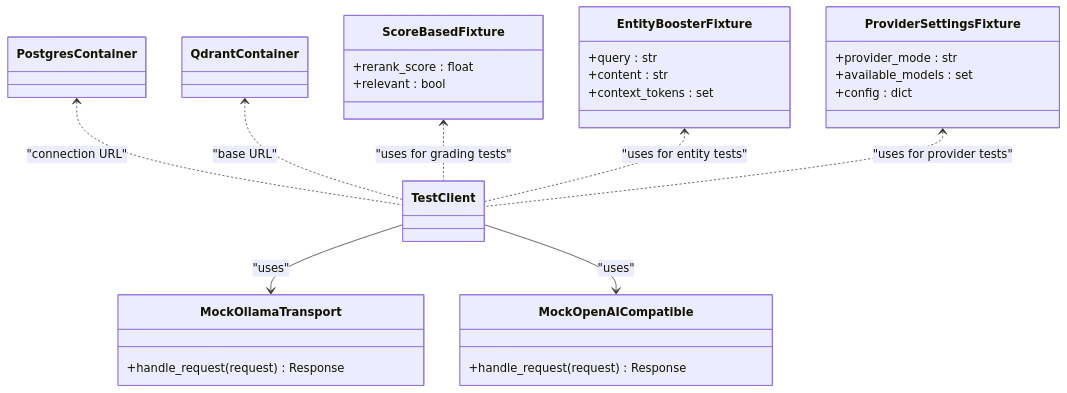
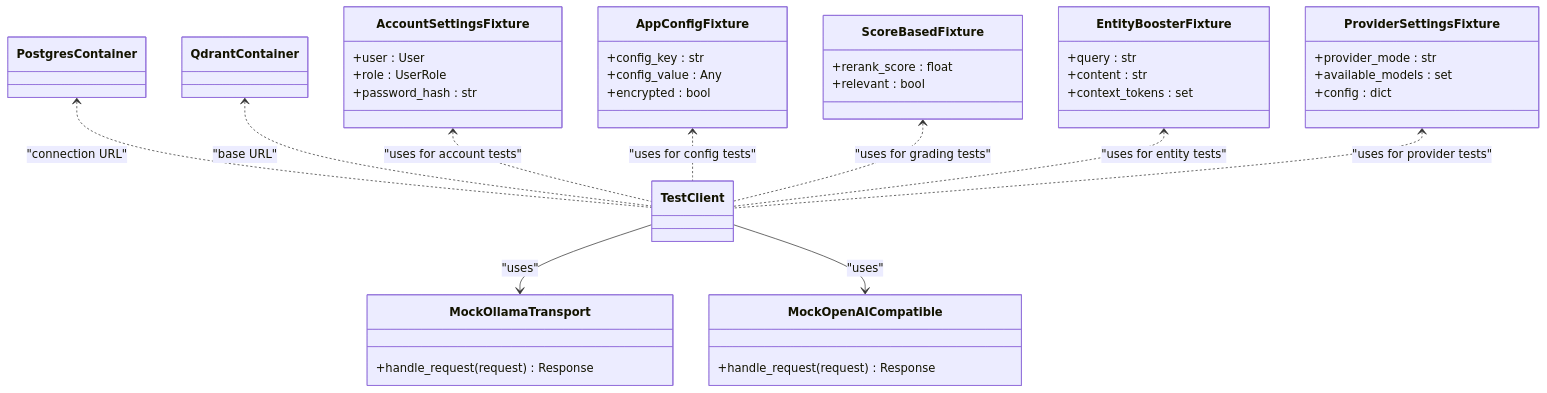
The fifth of 6 diagrams in .qoder/repowiki/en/content/Testing Strategy/Testing Strategy.md (genes8/private-ai), drawn with Mermaid before and after one commit. The commit also changed other lines of this file and 55 other files, not shown here.

````diff
--- a/.qoder/repowiki/en/content/Testing Strategy/Testing Strategy.md
+++ b/.qoder/repowiki/en/content/Testing Strategy/Testing Strategy.md
@@ -642,33 +830,45 @@
 ```mermaid
 classDiagram
 class MockOllamaTransport {
 +handle_request(request) Response
 }
 class MockOpenAICompatible {
 +handle_request(request) Response
 }
 class TestClient
 class PostgresContainer
 class QdrantContainer
+class AccountSettingsFixture {
++user : User
++role : UserRole
++password_hash : str
+}
+class AppConfigFixture {
++config_key : str
++config_value : Any
++encrypted : bool
+}
 class ScoreBasedFixture {
 +rerank_score : float
 +relevant : bool
 }
 class EntityBoosterFixture {
 +query : str
 +content : str
 +context_tokens : set
 }
 class ProviderSettingsFixture {
 +provider_mode : str
 +available_models : set
 +config : dict
 }
 TestClient --> MockOllamaTransport : "uses"
 TestClient --> MockOpenAICompatible : "uses"
 PostgresContainer <.. TestClient : "connection URL"
 QdrantContainer <.. TestClient : "base URL"
+AccountSettingsFixture <.. TestClient : "uses for account tests"
+AppConfigFixture <.. TestClient : "uses for config tests"
 ScoreBasedFixture <.. TestClient : "uses for grading tests"
 EntityBoosterFixture <.. TestClient : "uses for entity tests"
 ProviderSettingsFixture <.. TestClient : "uses for provider tests"
 ```
````
